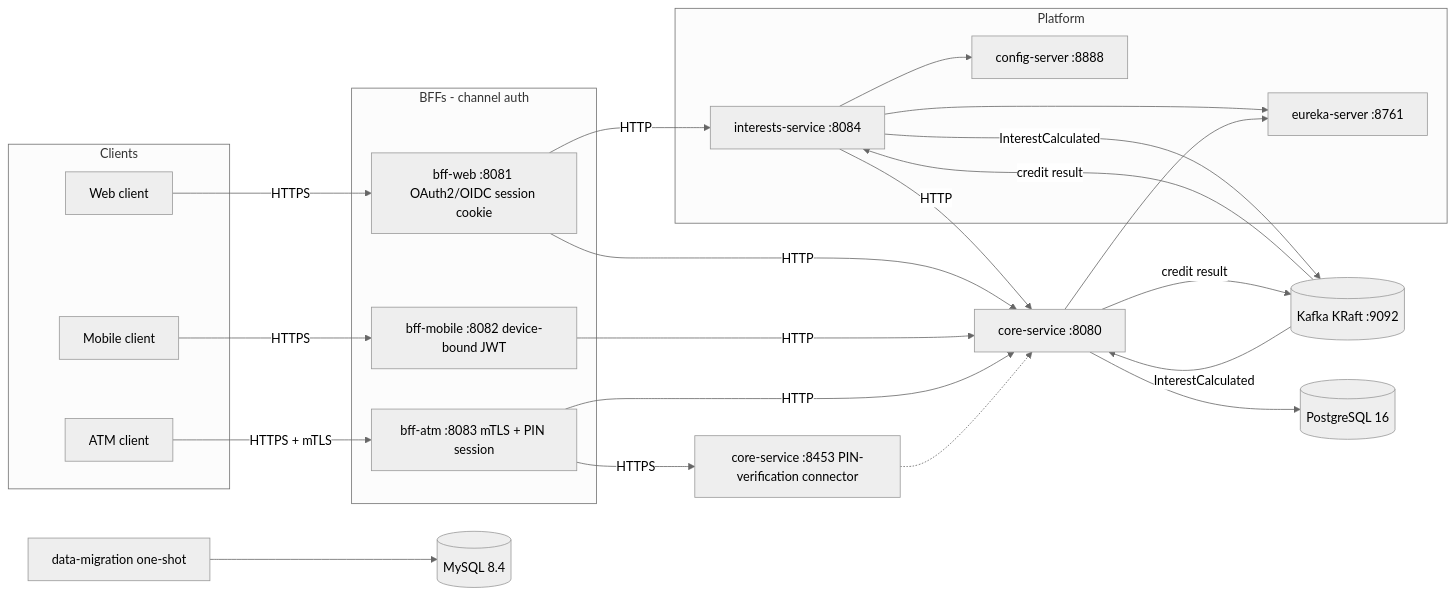
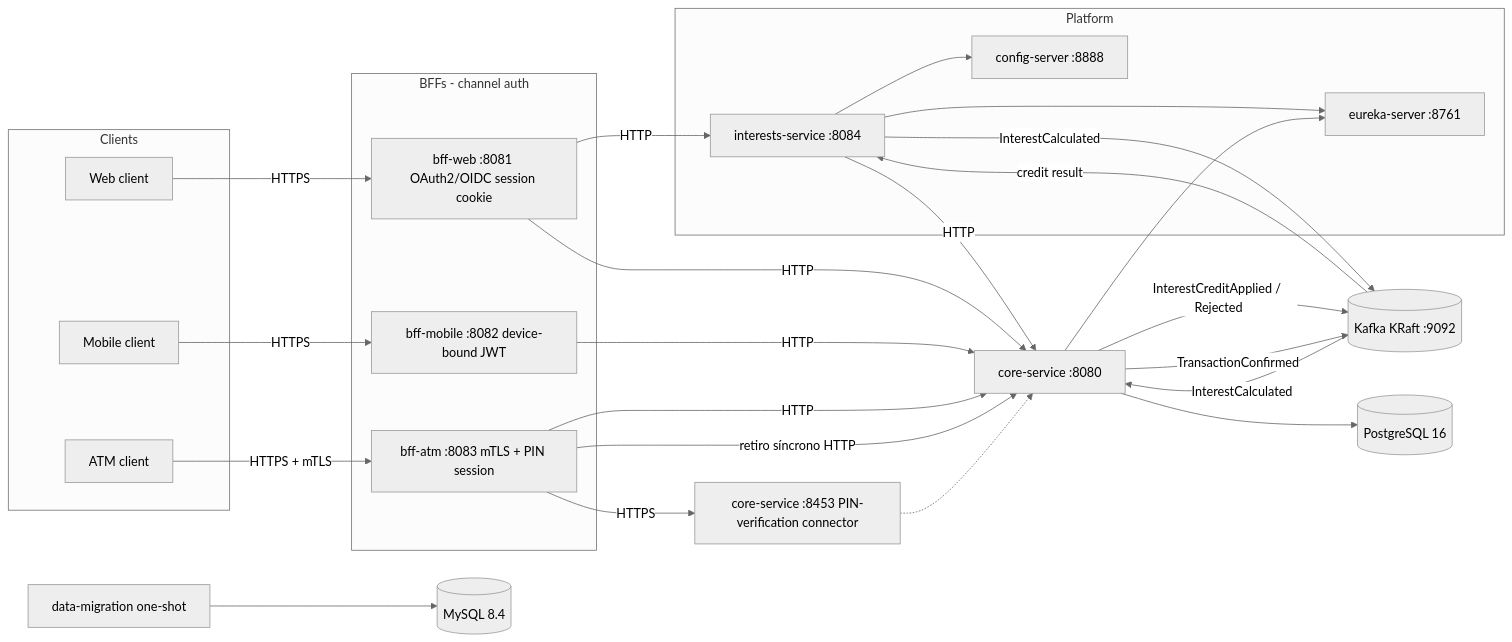
The diagram in README.md (L0ncho/xyz_bank_server), drawn with Mermaid (neutral theme) before and after one commit. The commit also changed other lines of this file and 19 other files, not shown here.

First line of the commit message:
feat(core-service): publish TransactionConfirmed via transactional outbox

````diff
--- a/README.md
+++ b/README.md
@@ -19,47 +19,49 @@
 ```mermaid
 flowchart LR
   subgraph clients [Clients]
     WebClient[Web client]
     MobileClient[Mobile client]
     AtmClient[ATM client]
   end
 
   subgraph bffs [BFFs - channel auth]
     BffWeb[bff-web :8081 OAuth2/OIDC session cookie]
     BffMobile[bff-mobile :8082 device-bound JWT]
     BffAtm[bff-atm :8083 mTLS + PIN session]
   end
 
   subgraph platform [Platform]
     ConfigServer[config-server :8888]
     EurekaServer[eureka-server :8761]
     InterestsService[interests-service :8084]
   end
 
   CoreService[core-service :8080]
   CoreServicePin[core-service :8453 PIN-verification connector]
   Kafka[(Kafka KRaft :9092)]
   Postgres[(PostgreSQL 16)]
   MySQL[(MySQL 8.4)]
   Migration[data-migration one-shot]
 
   WebClient -- HTTPS --> BffWeb
   MobileClient -- HTTPS --> BffMobile
   AtmClient -- HTTPS + mTLS --> BffAtm
   BffWeb -- HTTP --> InterestsService
   BffWeb -- HTTP --> CoreService
   BffMobile -- HTTP --> CoreService
   BffAtm -- HTTP --> CoreService
   BffAtm -- HTTPS --> CoreServicePin
   InterestsService -- HTTP --> CoreService
   InterestsService -- "InterestCalculated" --> Kafka
   Kafka -- "InterestCalculated" --> CoreService
-  CoreService -- "credit result" --> Kafka
+  CoreService -- "InterestCreditApplied / Rejected" --> Kafka
   Kafka -- "credit result" --> InterestsService
+  CoreService -- "TransactionConfirmed" --> Kafka
+  BffAtm -- "retiro síncrono HTTP" --> CoreService
   InterestsService --> ConfigServer
   InterestsService --> EurekaServer
   CoreService --> EurekaServer
   CoreService --> Postgres
   CoreServicePin -.-> CoreService
   Migration --> MySQL
 ```
````
